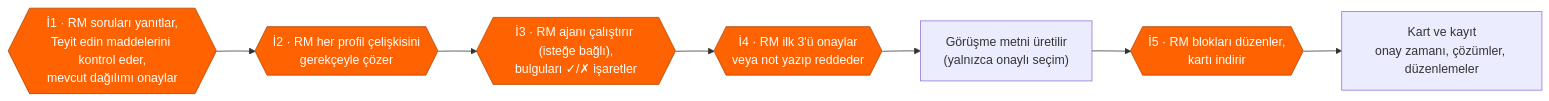
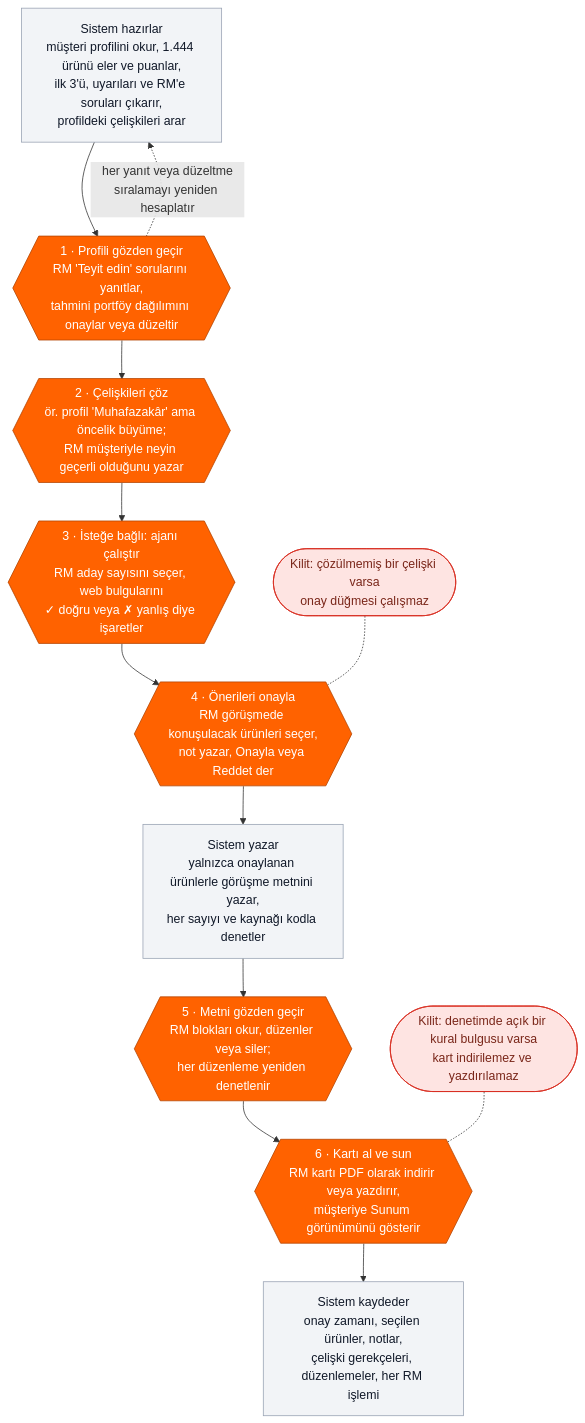
One commit to ArdahanDogru/ing-hackathon-rm-prep changed the fifth of 6 diagrams in README.md. Above: the diagram before and after it, drawn with Mermaid. The commit also changed other lines of this file, not shown here.

Commit message:
README: human approval points as a step-by-step flow (RM steps, system steps, locks) with a table of what the RM sees and does; prose edited for plain style (no dashes, fewer bold labels, sub-headings)

````diff
--- a/README.md
+++ b/README.md
@@ -453,11 +501,24 @@
 ```mermaid
-flowchart LR
-    Q{{"İ1 · RM soruları yanıtlar,<br/>Teyit edin maddelerini kontrol eder,<br/>mevcut dağılımı onaylar"}} --> P{{"İ2 · RM her profil çelişkisini<br/>gerekçeyle çözer"}}
-    P --> G{{"İ3 · RM ajanı çalıştırır (isteğe bağlı),<br/>bulguları ✓/✗ işaretler"}}
-    G --> A{{"İ4 · RM ilk 3'ü onaylar<br/>veya not yazıp reddeder"}}
-    A --> T["Görüşme metni üretilir<br/>(yalnızca onaylı seçim)"]
-    T --> B{{"İ5 · RM blokları düzenler,<br/>kartı indirir"}}
-    B --> C["Kart ve kayıt<br/>onay zamanı, çözümler, düzenlemeler"]
+flowchart TB
+    S1["Sistem hazırlar<br/>müşteri profilini okur, 1.444 ürünü eler ve puanlar,<br/>ilk 3'ü, uyarıları ve RM'e soruları çıkarır,<br/>profildeki çelişkileri arar"]
+    H1{{"1 · Profili gözden geçir<br/>RM 'Teyit edin' sorularını yanıtlar,<br/>tahmini portföy dağılımını onaylar veya düzeltir"}}
+    H2{{"2 · Çelişkileri çöz<br/>ör. profil 'Muhafazakâr' ama öncelik büyüme;<br/>RM müşteriyle neyin geçerli olduğunu yazar"}}
+    H3{{"3 · İsteğe bağlı: ajanı çalıştır<br/>RM aday sayısını seçer, web bulgularını<br/>✓ doğru veya ✗ yanlış diye işaretler"}}
+    H4{{"4 · Önerileri onayla<br/>RM görüşmede konuşulacak ürünleri seçer,<br/>not yazar, Onayla veya Reddet der"}}
+    L1(["Kilit: çözülmemiş bir çelişki varsa<br/>onay düğmesi çalışmaz"])
+    S2["Sistem yazar<br/>yalnızca onaylanan ürünlerle görüşme metnini yazar,<br/>her sayıyı ve kaynağı kodla denetler"]
+    H5{{"5 · Metni gözden geçir<br/>RM blokları okur, düzenler veya siler;<br/>her düzenleme yeniden denetlenir"}}
+    H6{{"6 · Kartı al ve sun<br/>RM kartı PDF olarak indirir veya yazdırır,<br/>müşteriye Sunum görünümünü gösterir"}}
+    L2(["Kilit: denetimde açık bir kural bulgusu varsa<br/>kart indirilemez ve yazdırılamaz"])
+    S3["Sistem kaydeder<br/>onay zamanı, seçilen ürünler, notlar,<br/>çelişki gerekçeleri, düzenlemeler, her RM işlemi"]
+    S1 --> H1 --> H2 --> H3 --> H4 --> S2 --> H5 --> H6 --> S3
+    H1 -. "her yanıt veya düzeltme<br/>sıralamayı yeniden hesaplatır" .-> S1
+    L1 -.- H4
+    L2 -.- H6
     classDef human fill:#FF6200,color:#fff,stroke:#B34400
-    class Q,P,G,A,B human
+    classDef sys fill:#F2F4F7,color:#101828,stroke:#98A2B3
+    classDef lock fill:#FEE4E2,color:#7A271A,stroke:#D92D20
+    class H1,H2,H3,H4,H5,H6 human
+    class S1,S2,S3 sys
+    class L1,L2 lock
 ```
````
